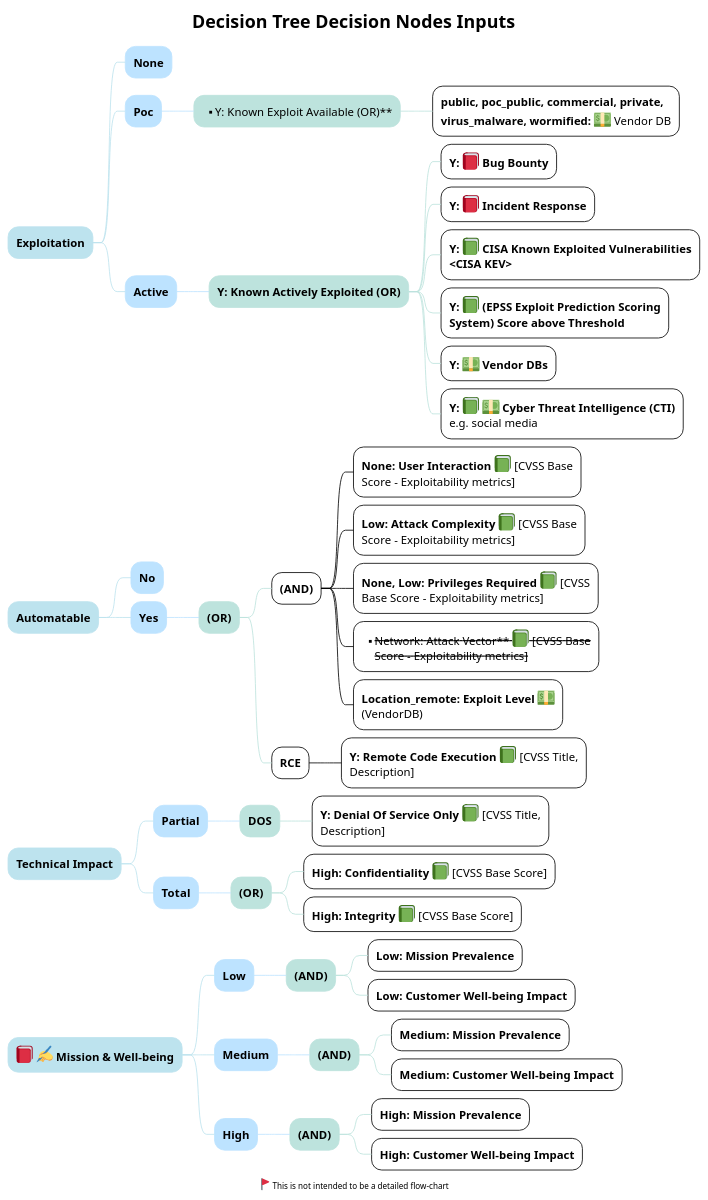
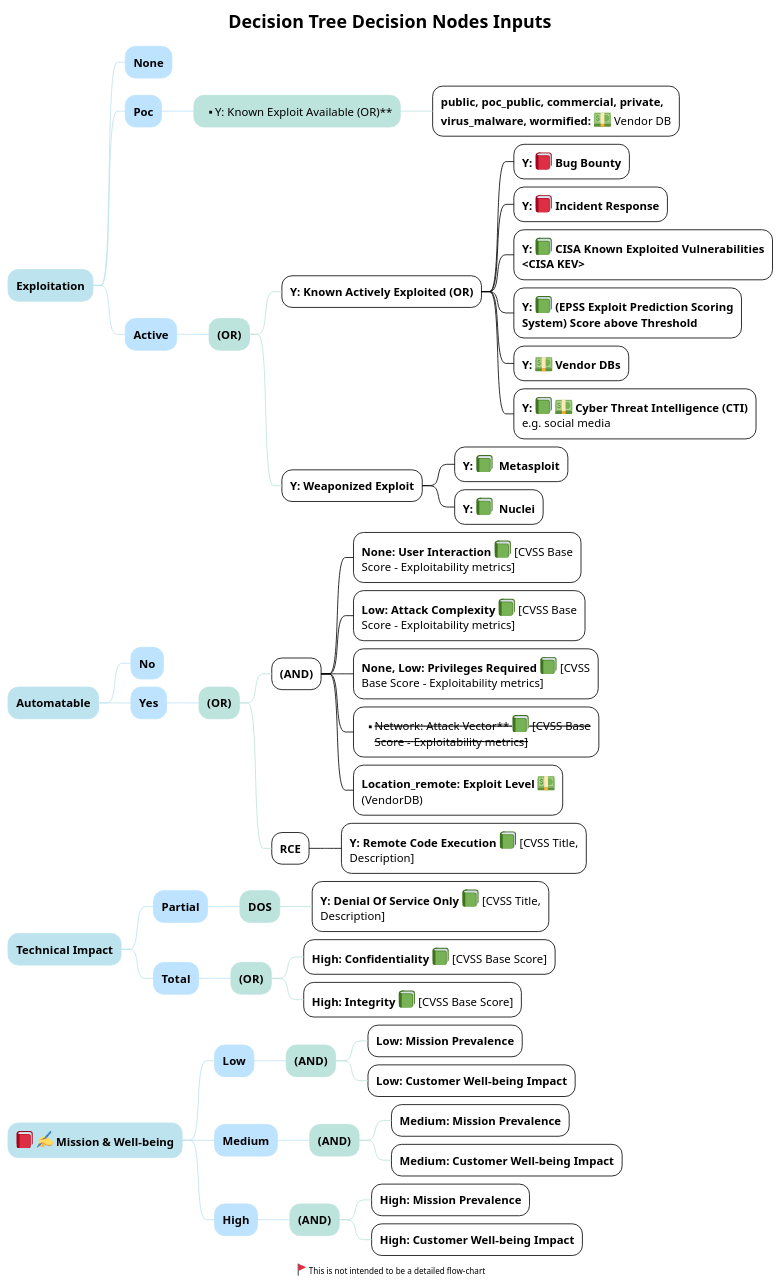
Before and after one commit to theparanoids/PrioritizedRiskRemediation: the diagram in imagesAsCode/DT_decisions.puml, drawn with PlantUML. The commit also changed 2 other files, not shown here.

Commit message:
add weaponized to DT decisions

```diff
--- a/imagesAsCode/DT_decisions.puml
+++ b/imagesAsCode/DT_decisions.puml
@@ -3,79 +3,83 @@
 @startmindmap
 !theme plain
 
 <style>
 
 mindmapDiagram {
    :depth(0) {
     BackGroundColor #BDE3ee
     LineColor #BDE3ee
   }
    :depth(1) {
     BackGroundColor #BDE3FF
     LineColor #BDE3FF
   }
    :depth(2) {
     BackGroundColor #BDE3dd
     LineColor #BDE3dd
   }
 }
 </style>
 
 Title Decision Tree Decision Nodes Inputs
 
 * **Exploitation**
 ** **None**
 ** **Poc**
 *** ** Y: Known Exploit Available (OR)**
 **** **public, poc_public, commercial, private, virus_malware, wormified:** <:dollar:> Vendor DB
 ** **Active**
-*** **Y: Known Actively Exploited** **(OR)**
-**** **Y:** <:closed_book:> **Bug Bounty**
-**** **Y:** <:closed_book:> **Incident Response**
-**** **Y:** <:green_book:> **CISA Known Exploited Vulnerabilities <CISA KEV>**
-**** **Y:** <:green_book:> **(EPSS Exploit Prediction Scoring System) Score above Threshold**
-**** **Y:** <:dollar:> **Vendor DBs**
-**** **Y:** <:green_book:> <:dollar:> **Cyber Threat Intelligence (CTI)** e.g. social media
+*** **(OR)**
+**** **Y: Known Actively Exploited** **(OR)**
+***** **Y:** <:closed_book:> **Bug Bounty**
+***** **Y:** <:closed_book:> **Incident Response**
+***** **Y:** <:green_book:> **CISA Known Exploited Vulnerabilities <CISA KEV>**
+***** **Y:** <:green_book:> **(EPSS Exploit Prediction Scoring System) Score above Threshold**
+***** **Y:** <:dollar:> **Vendor DBs**
+***** **Y:** <:green_book:> <:dollar:> **Cyber Threat Intelligence (CTI)** e.g. social media
+**** **Y: Weaponized Exploit**
+***** **Y:** <:green_book:>  **Metasploit**
+***** **Y:** <:green_book:>  **Nuclei**
 
 
 * **Automatable** 
 ** **No**
 ** **Yes**
 *** **(OR)**
 
 **** **(AND)**
 ***** **None: User Interaction** <:green_book:> [CVSS Base Score - Exploitability metrics]
 ***** **Low: Attack Complexity** <:green_book:> [CVSS Base Score - Exploitability metrics]
 ***** **None, Low: Privileges Required **<:green_book:> [CVSS Base Score - Exploitability metrics]
 ***** ** <s>Network: Attack Vector** <:green_book:> [CVSS Base Score - Exploitability metrics]</s>
 ***** **Location_remote: Exploit Level** <:dollar:> (VendorDB) 
 **** **RCE**
 ***** **Y: Remote Code Execution** <:green_book:> [CVSS Title, Description]
 
 * **Technical Impact**
 ** **Partial**
 *** **DOS**
 **** **Y: Denial Of Service Only** <:green_book:> [CVSS Title, Description]
 ** **Total**
 *** **(OR)**
 **** **High: Confidentiality **<:green_book:> [CVSS Base Score]
 **** **High: Integrity **<:green_book:> [CVSS Base Score]
 
 
 * **<:closed_book:> <:writing_hand:> Mission & Well-being **
 ** **Low**
 *** **(AND)** 
 **** **Low: Mission Prevalence** 
 **** **Low: Customer Well-being Impact** 
 ** **Medium** 
 *** **(AND)** 
 **** **Medium: Mission Prevalence** 
 **** **Medium: Customer Well-being Impact**
 ** **High** 
 *** **(AND)** 
 **** **High: Mission Prevalence** 
 **** **High: Customer Well-being Impact** 
 
 center footer <:triangular_flag_on_post:> This is not intended to be a detailed flow-chart
 
 @endmindmap
```
